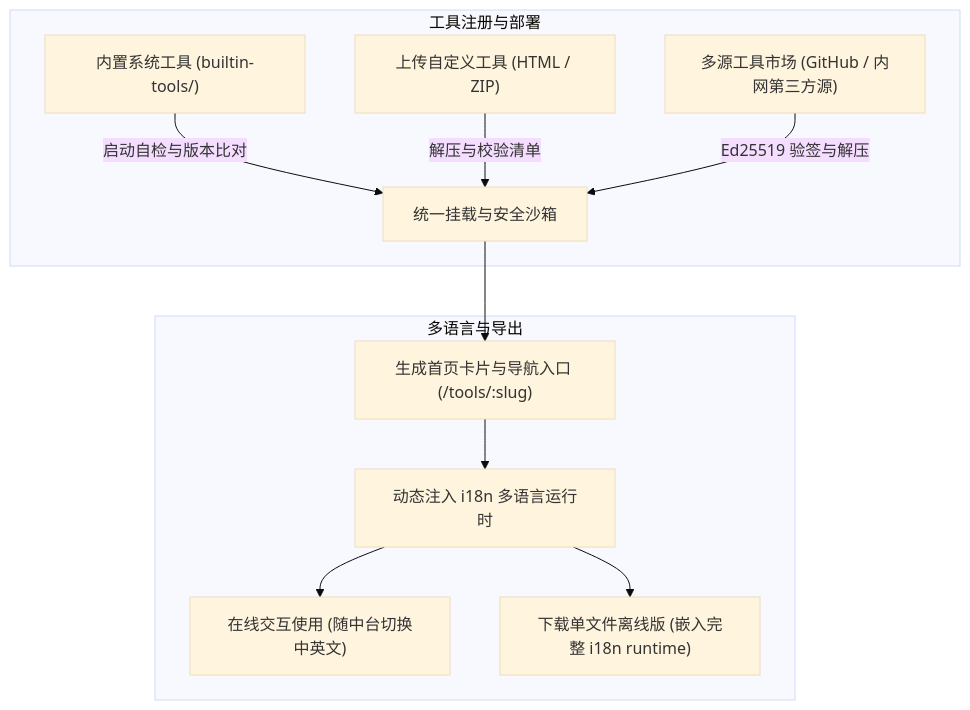
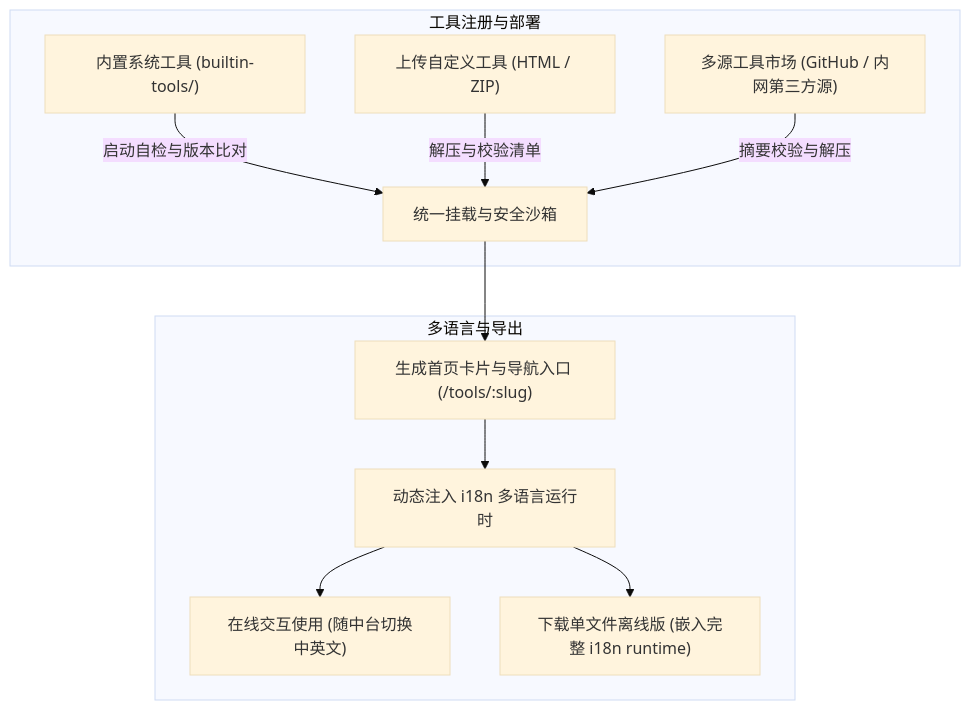
One commit to fanxiaolongx-max/Dragon-Platform changed the seventh of 20 diagrams in tools-platform/README.md. Above: the diagram before and after it, drawn with Mermaid (base theme). The commit also changed other lines of this file and 9 other files, not shown here.

````diff
--- a/tools-platform/README.md
+++ b/tools-platform/README.md
@@ -683,14 +688,14 @@
 ```mermaid
 flowchart TD
     subgraph 工具接入["工具注册与部署"]
         T1["内置系统工具 (builtin-tools/)"] -->|启动自检与版本比对| T3["统一挂载与安全沙箱"]
         T2["上传自定义工具 (HTML / ZIP)"] -->|解压与校验清单| T3
-        T0["多源工具市场 (GitHub / 内网第三方源)"] -->|Ed25519 验签与解压| T3
+        T0["多源工具市场 (GitHub / 内网第三方源)"] -->|摘要校验与解压| T3
     end
     subgraph 运行时与分发["多语言与导出"]
         T3 --> T4["生成首页卡片与导航入口 (/tools/:slug)"]
         T4 --> T5["动态注入 i18n 多语言运行时"]
         T5 --> T6["在线交互使用 (随中台切换中英文)"]
         T5 --> T7["下载单文件离线版 (嵌入完整 i18n runtime)"]
     end
 ```
````
